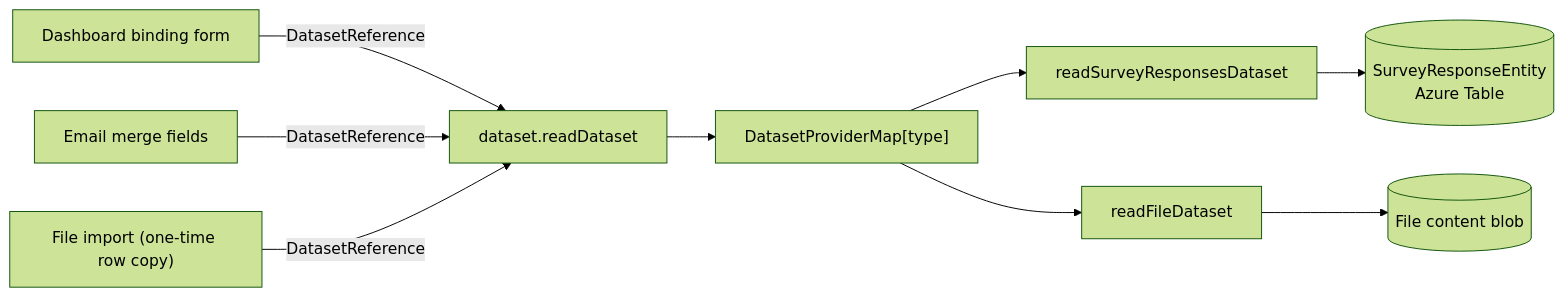
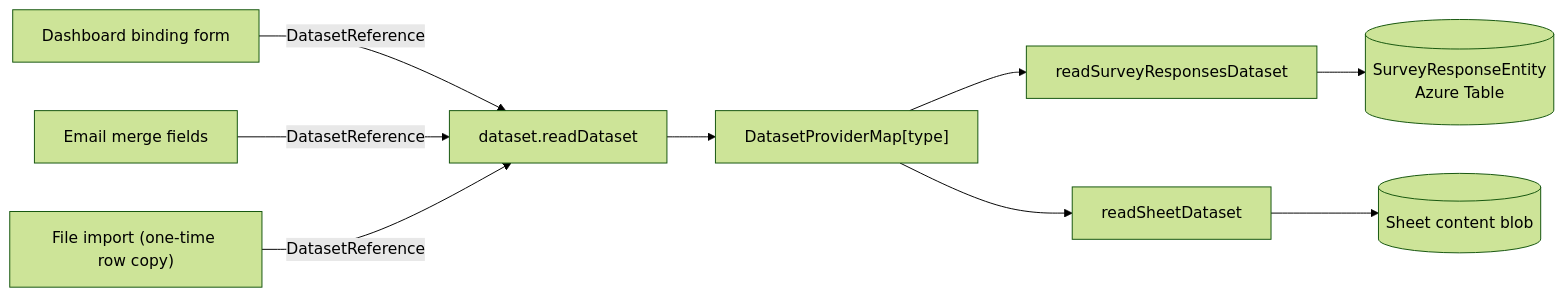
Before and after one commit to Esposter/Esposter: the diagram in packages/app/content/docs/architecture/datasets.md, drawn with Mermaid (forest theme). The commit also changed other lines of this file and 31 other files, not shown here.

````diff
--- a/packages/app/content/docs/architecture/datasets.md
+++ b/packages/app/content/docs/architecture/datasets.md
@@ -49,9 +49,9 @@
 ```mermaid
 flowchart LR
   DASH["Dashboard binding form"] -->|DatasetReference| RD["dataset.readDataset"]
   EMAIL["Email merge fields"] -->|DatasetReference| RD
   IMPORT["File import (one-time row copy)"] -->|DatasetReference| RD
   RD --> MAP["DatasetProviderMap[type]"]
   MAP --> SR["readSurveyResponsesDataset"] --> AT[("SurveyResponseEntity<br/>Azure Table")]
-  MAP --> FR["readFileDataset"] --> BLOB[("File content blob")]
+  MAP --> FR["readSheetDataset"] --> BLOB[("Sheet content blob")]
 ```
````
